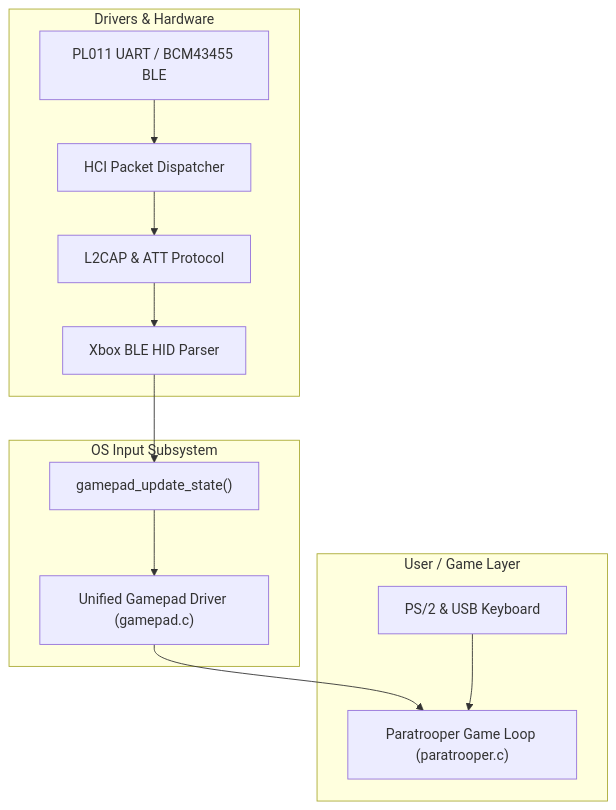
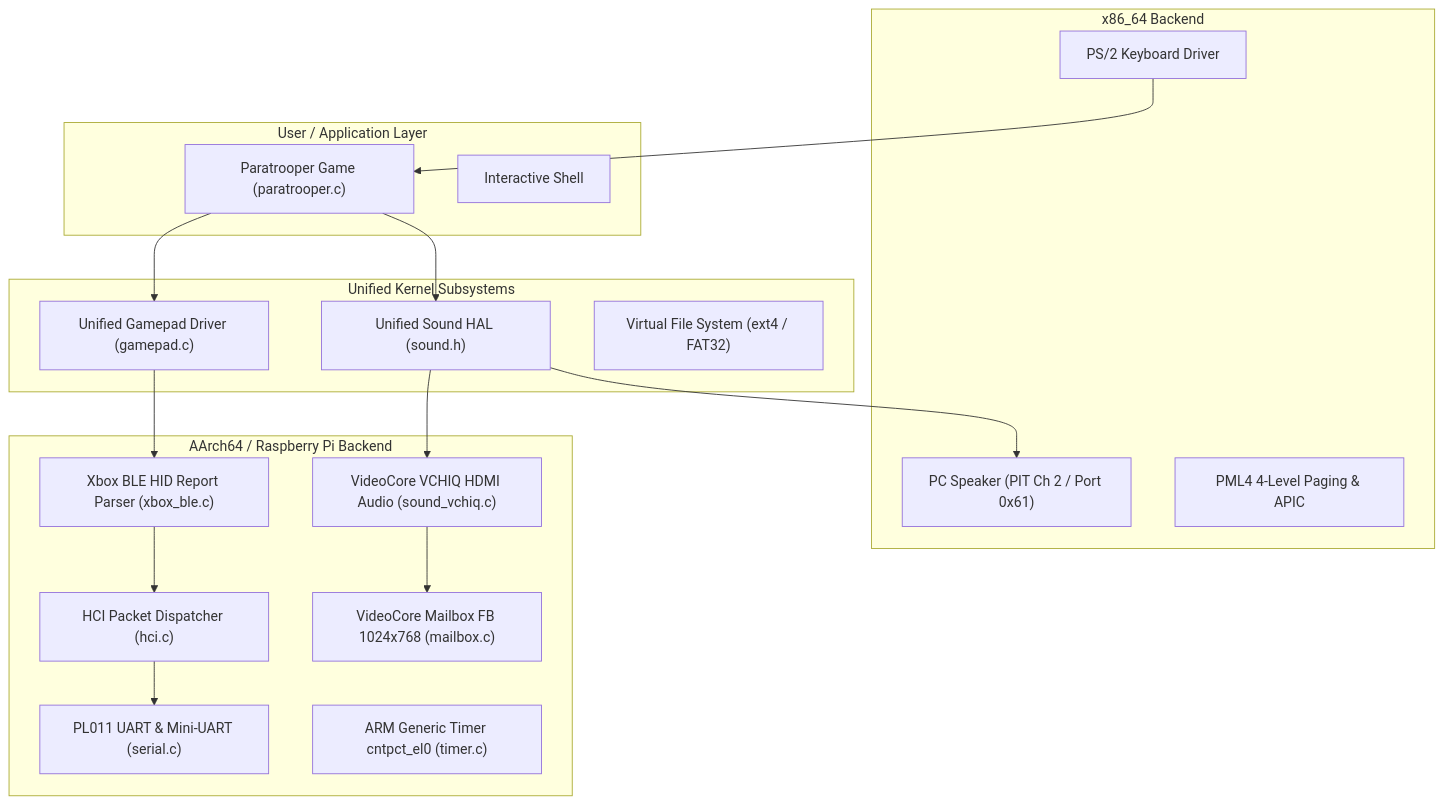
One commit to priyanr/AGOS changed the first of 2 diagrams in docs/arm_ble_xbox_roadmap.md. Above: the diagram before and after it, drawn with Mermaid. The commit also changed other lines of this file and 1 other file, not shown here.

Commit message:
docs: add Xbox BLE pairing, VCHIQ audio, multi-arch build and flashing guide

````diff
--- a/docs/arm_ble_xbox_roadmap.md
+++ b/docs/arm_ble_xbox_roadmap.md
@@ -9,18 +11,39 @@
 ```mermaid
 flowchart TD
-    subgraph Drivers & Hardware
-        UART[PL011 UART / BCM43455 BLE] --> HCI[HCI Packet Dispatcher]
-        HCI --> L2CAP[L2CAP & ATT Protocol]
-        L2CAP --> XBOX[Xbox BLE HID Parser]
+    subgraph User / Application Layer
+        PT["Paratrooper Game (paratrooper.c)"]
+        SH["Interactive Shell"]
     end
 
-    subgraph OS Input Subsystem
-        XBOX --> GP_STATE["gamepad_update_state()"]
-        GP_STATE --> GP_DRV["Unified Gamepad Driver (gamepad.c)"]
+    subgraph Unified Kernel Subsystems
+        GP_HAL["Unified Gamepad Driver (gamepad.c)"]
+        SND_HAL["Unified Sound HAL (sound.h)"]
+        VFS["Virtual File System (ext4 / FAT32)"]
     end
 
-    subgraph User / Game Layer
-        GP_DRV --> PT["Paratrooper Game Loop (paratrooper.c)"]
-        KBD[PS/2 & USB Keyboard] --> PT
+    subgraph x86_64 Backend
+        KBD_X86["PS/2 Keyboard Driver"]
+        SPK_X86["PC Speaker (PIT Ch 2 / Port 0x61)"]
+        VMM_X86["PML4 4-Level Paging & APIC"]
     end
+
+    subgraph AArch64 / Raspberry Pi Backend
+        HCI["HCI Packet Dispatcher (hci.c)"]
+        BLE_XBOX["Xbox BLE HID Report Parser (xbox_ble.c)"]
+        VCHIQ_SND["VideoCore VCHIQ HDMI Audio (sound_vchiq.c)"]
+        MBOX_FB["VideoCore Mailbox FB 1024x768 (mailbox.c)"]
+        PL011["PL011 UART & Mini-UART (serial.c)"]
+        TIMER_ARM["ARM Generic Timer cntpct_el0 (timer.c)"]
+    end
+
+    %% Wiring
+    PT --> GP_HAL
+    PT --> SND_HAL
+    GP_HAL --> BLE_XBOX
+    BLE_XBOX --> HCI
+    HCI --> PL011
+    SND_HAL --> SPK_X86
+    SND_HAL --> VCHIQ_SND
+    VCHIQ_SND --> MBOX_FB
+    KBD_X86 --> PT
 ```
````
